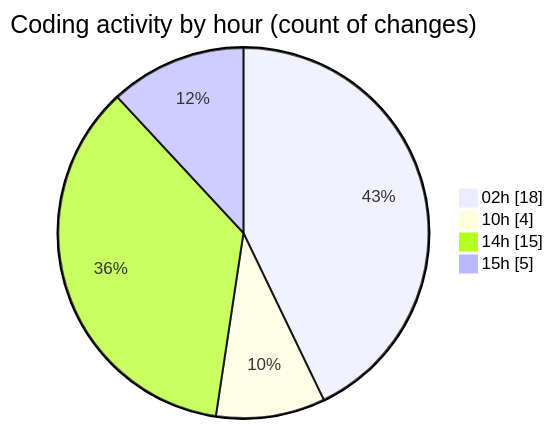
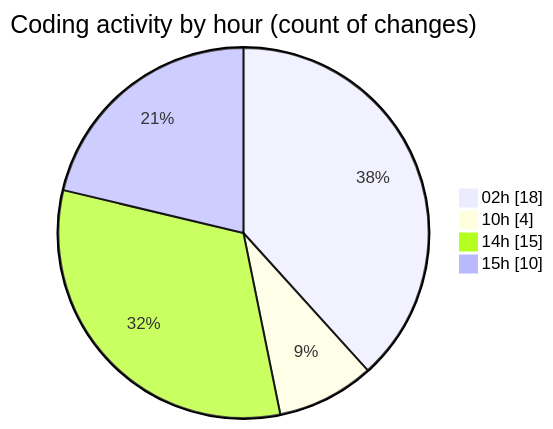
Before and after one commit to julien-gomy/code-tracking: the second of 2 diagrams in 2025-10-15/eventscop-frontend-guide__workspace_/README.md, drawn with Mermaid. The commit also changed other lines of this file and 1 other file, not shown here.

````diff
--- a/2025-10-15/eventscop-frontend-guide__workspace_/README.md
+++ b/2025-10-15/eventscop-frontend-guide__workspace_/README.md
@@ -42,8 +42,8 @@
 ```mermaid
 pie showData
 title Coding activity by hour (count of changes)
 "02h" : 18
 "10h" : 4
 "14h" : 15
-"15h" : 5
+"15h" : 10
 ```
````
